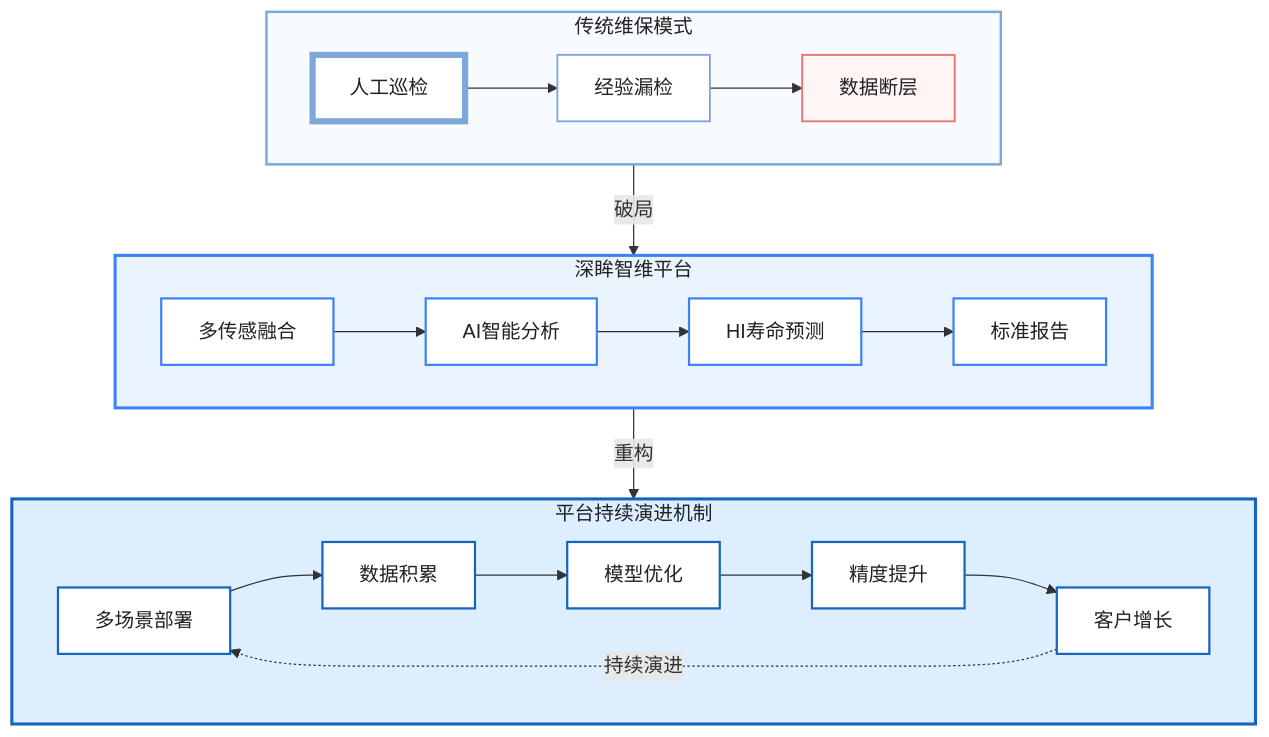
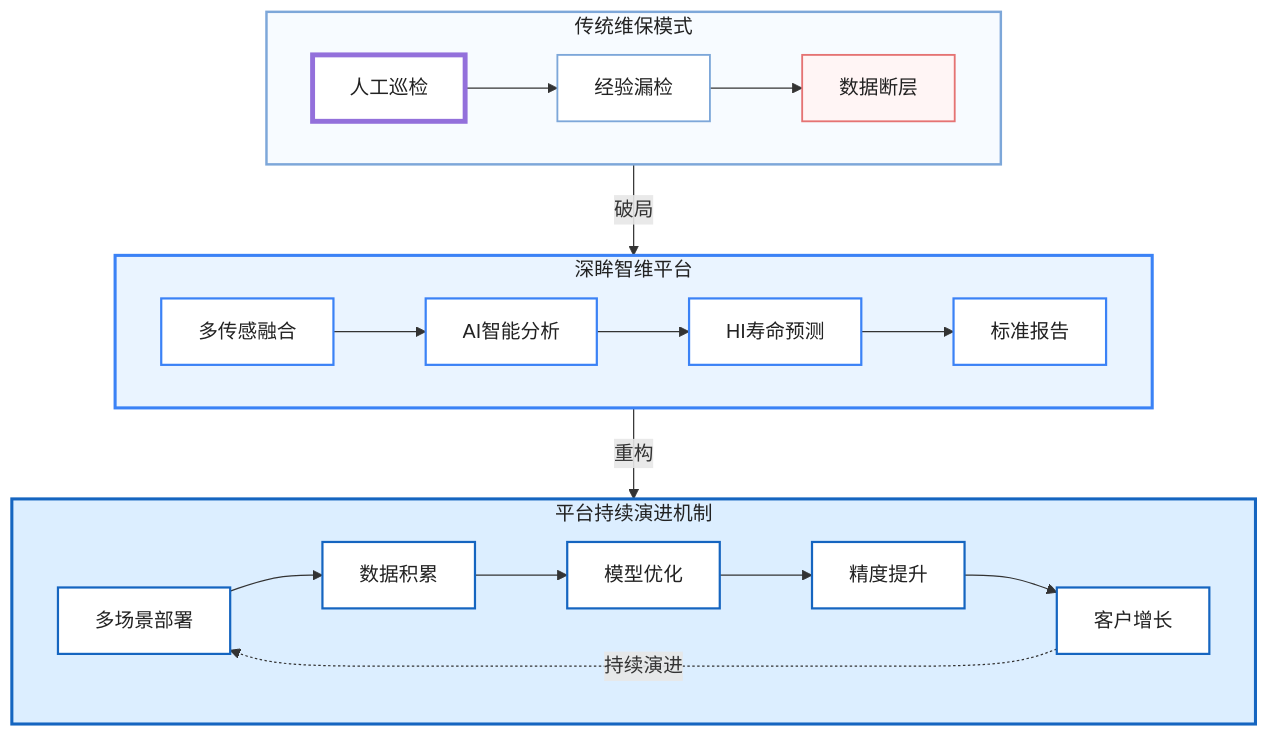
The diagram in all/未命名.md (LGS91/iodraw-files), drawn with Mermaid before and after one commit.

Commit message:
2026-07-06 11:40:06 update

````diff
--- a/all/未命名.md
+++ b/all/未命名.md
@@ -1,65 +1,65 @@
 ```mermaid
 flowchart TB
 
 subgraph A["传统维保模式"]
 direction LR
 A1["人工巡检"] --> A2["经验漏检"]
 A2 --> A3["数据断层"]
 end
 
 A -->|破局| B
 
 subgraph B["深眸智维平台"]
 direction LR
 B1["多传感融合"] --> B2["AI智能分析"]
 B2 --> B3["HI寿命预测"]
 B3 --> B4["标准报告"]
 end
 
 B -->|重构| C
 
 subgraph C["平台持续演进机制"]
 direction LR
 C1["多场景部署"] --> C2["数据积累"]
 C2 --> C3["模型优化"]
 C3 --> C4["精度提升"]
 C4 --> C5["客户增长"]
 C5 -.->|"持续演进"| C1
 end
 
 
 %% =======================
 %% 一级模块（标题框）
 %% =======================
 
 style A fill:#F7FBFF,stroke:#7DA7D9,stroke-width:2px,color:#222222
 style B fill:#EAF4FF,stroke:#3B82F6,stroke-width:2.5px,color:#222222
 style C fill:#DCEEFF,stroke:#1565C0,stroke-width:2.5px,color:#222222
 
 %% =======================
 %% 传统维保
 %% =======================
 
-style A1 fill:#FFFFFF,stroke:#7DA7D9,stroke-width:5px,color:#222222
+style A1 fill:#FFFFFF,stroke:#10DA7D9,stroke-width:4px,color:#222222
 style A2 fill:#FFFFFF,stroke:#7DA7D9,stroke-width:1.5px,color:#222222
 style A3 fill:#FFF5F5,stroke:#E57373,stroke-width:1.5px,color:#222222
 
 %% =======================
 %% 深眸智维
 %% =======================
 
 style B1 fill:#FFFFFF,stroke:#3B82F6,stroke-width:1.8px,color:#222222
 style B2 fill:#FFFFFF,stroke:#3B82F6,stroke-width:1.8px,color:#222222
 style B3 fill:#FFFFFF,stroke:#3B82F6,stroke-width:1.8px,color:#222222
 style B4 fill:#FFFFFF,stroke:#3B82F6,stroke-width:1.8px,color:#222222
 
 %% =======================
 %% 平台演进
 %% =======================
 
 style C1 fill:#FFFFFF,stroke:#1565C0,stroke-width:1.8px,color:#222222
 style C2 fill:#FFFFFF,stroke:#1565C0,stroke-width:1.8px,color:#222222
 style C3 fill:#FFFFFF,stroke:#1565C0,stroke-width:1.8px,color:#222222
 style C4 fill:#FFFFFF,stroke:#1565C0,stroke-width:1.8px,color:#222222
 style C5 fill:#FFFFFF,stroke:#1565C0,stroke-width:1.8px,color:#222222
 ```
````
